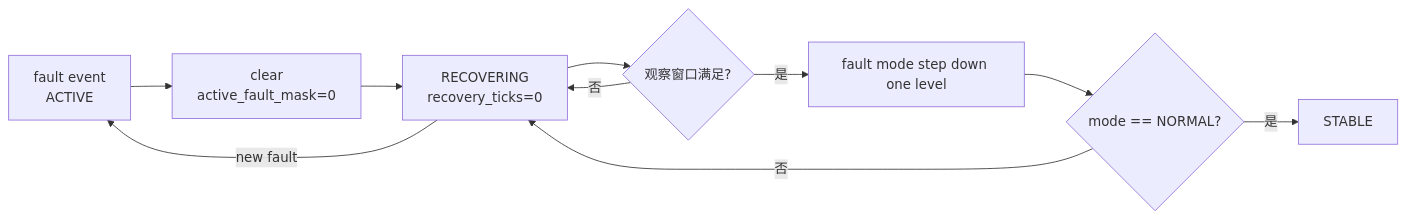
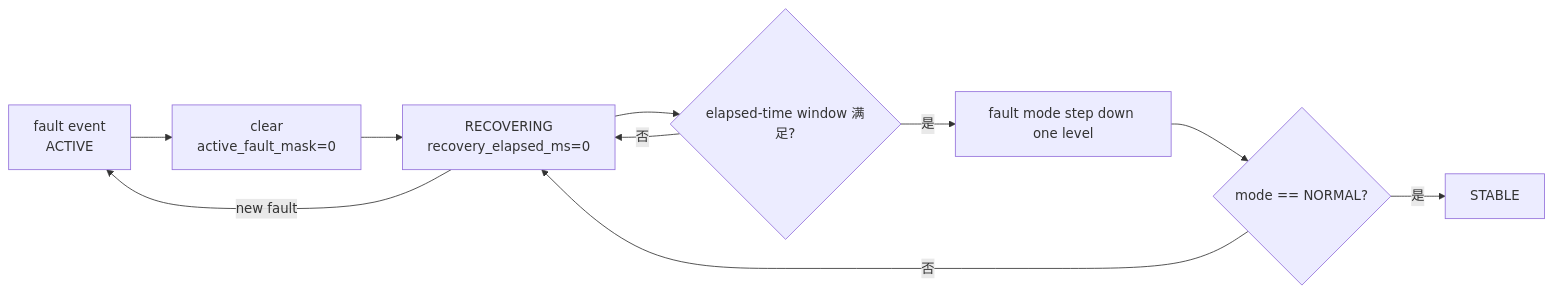
One commit to CHEN2003-CHIP/sel4-LightCTRL changed the second of 3 diagrams in project-docs/3.详细设计说明书.md. Above: the diagram before and after it, drawn with Mermaid. The commit also changed other lines of this file and 10 other files, not shown here.

````diff
--- a/project-docs/3.详细设计说明书.md
+++ b/project-docs/3.详细设计说明书.md
@@ -378,12 +387,12 @@
 ```mermaid
 flowchart LR
     A["fault event\nACTIVE"] --> B["clear\nactive_fault_mask=0"]
-    B --> C["RECOVERING\nrecovery_ticks=0"]
-    C --> D{"观察窗口满足?"}
+    B --> C["RECOVERING\nrecovery_elapsed_ms=0"]
+    C --> D{"elapsed-time window 满足?"}
     D -->|否| C
     D -->|是| E["fault mode step down one level"]
     E --> F{"mode == NORMAL?"}
     F -->|否| C
     F -->|是| G["STABLE"]
     C -->|new fault| A
 ```
````
